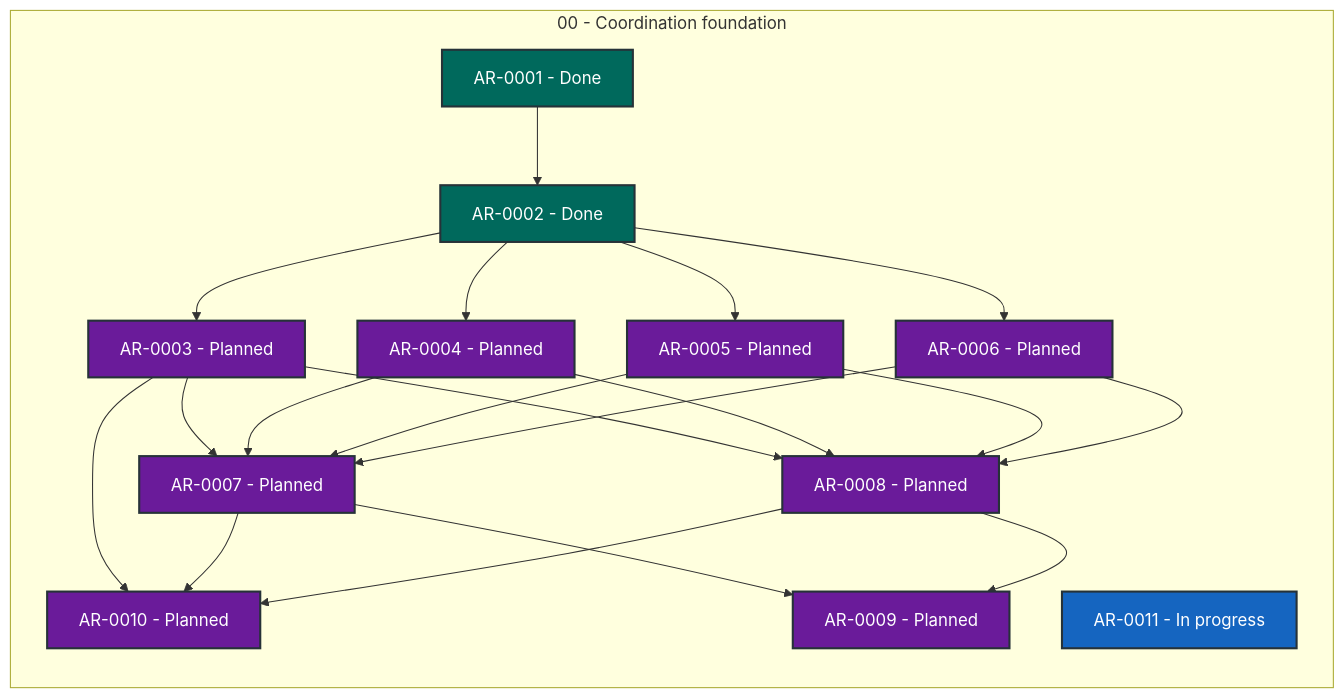
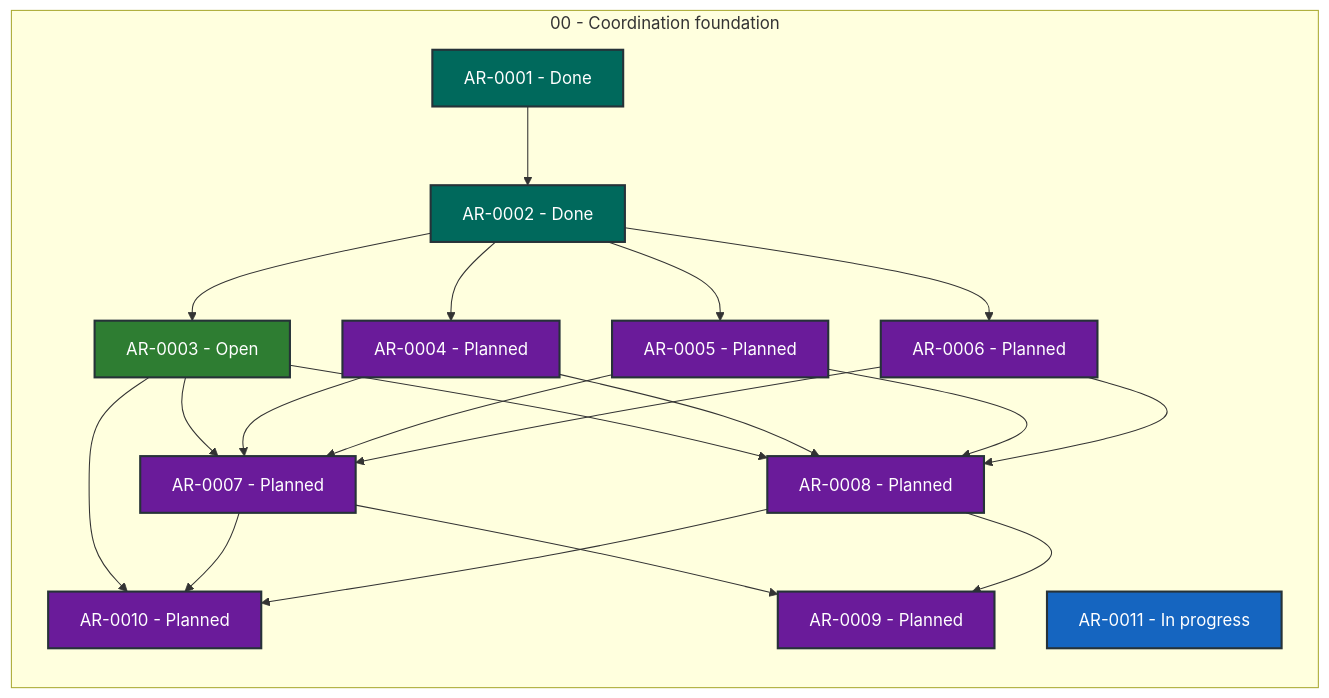
One commit to martin-beck/agent-workflow-coordinator-state changed the diagram in STATUS.md. Above: the diagram before and after it, drawn with Mermaid. The commit also changed other lines of this file and 2 other files, not shown here.

````diff
--- a/STATUS.md
+++ b/STATUS.md
@@ -27,43 +27,43 @@
 ```mermaid
 flowchart LR
     subgraph series_00["00 - Coordination foundation"]
         direction TB
         AR_0001["AR-0001 - Done"]:::status_done
         AR_0002["AR-0002 - Done"]:::status_done
-        AR_0003["AR-0003 - Planned"]:::status_planned
+        AR_0003["AR-0003 - Open"]:::status_open
         AR_0004["AR-0004 - Planned"]:::status_planned
         AR_0005["AR-0005 - Planned"]:::status_planned
         AR_0006["AR-0006 - Planned"]:::status_planned
         AR_0007["AR-0007 - Planned"]:::status_planned
         AR_0008["AR-0008 - Planned"]:::status_planned
         AR_0009["AR-0009 - Planned"]:::status_planned
         AR_0010["AR-0010 - Planned"]:::status_planned
         AR_0011["AR-0011 - In progress"]:::status_in_progress
     end
     AR_0001 --> AR_0002
     AR_0002 --> AR_0003
     AR_0002 --> AR_0004
     AR_0002 --> AR_0005
     AR_0002 --> AR_0006
     AR_0003 --> AR_0007
     AR_0003 --> AR_0008
     AR_0003 --> AR_0010
     AR_0004 --> AR_0007
     AR_0004 --> AR_0008
     AR_0005 --> AR_0007
     AR_0005 --> AR_0008
     AR_0006 --> AR_0007
     AR_0006 --> AR_0008
     AR_0007 --> AR_0009
     AR_0007 --> AR_0010
     AR_0008 --> AR_0009
     AR_0008 --> AR_0010
     classDef status_in_progress fill:#1565c0,color:#ffffff,stroke:#263238,stroke-width:2px
     classDef status_open fill:#2e7d32,color:#ffffff,stroke:#263238,stroke-width:2px
     classDef status_blocked fill:#c62828,color:#ffffff,stroke:#263238,stroke-width:2px
     classDef status_planned fill:#6a1b9a,color:#ffffff,stroke:#263238,stroke-width:2px
     classDef status_future fill:#455a64,color:#ffffff,stroke:#263238,stroke-width:2px
     classDef status_done fill:#00695c,color:#ffffff,stroke:#263238,stroke-width:2px
     classDef status_cancelled fill:#616161,color:#ffffff,stroke:#263238,stroke-width:2px
     classDef status_superseded fill:#5d4037,color:#ffffff,stroke:#263238,stroke-width:2px
 ```
````
